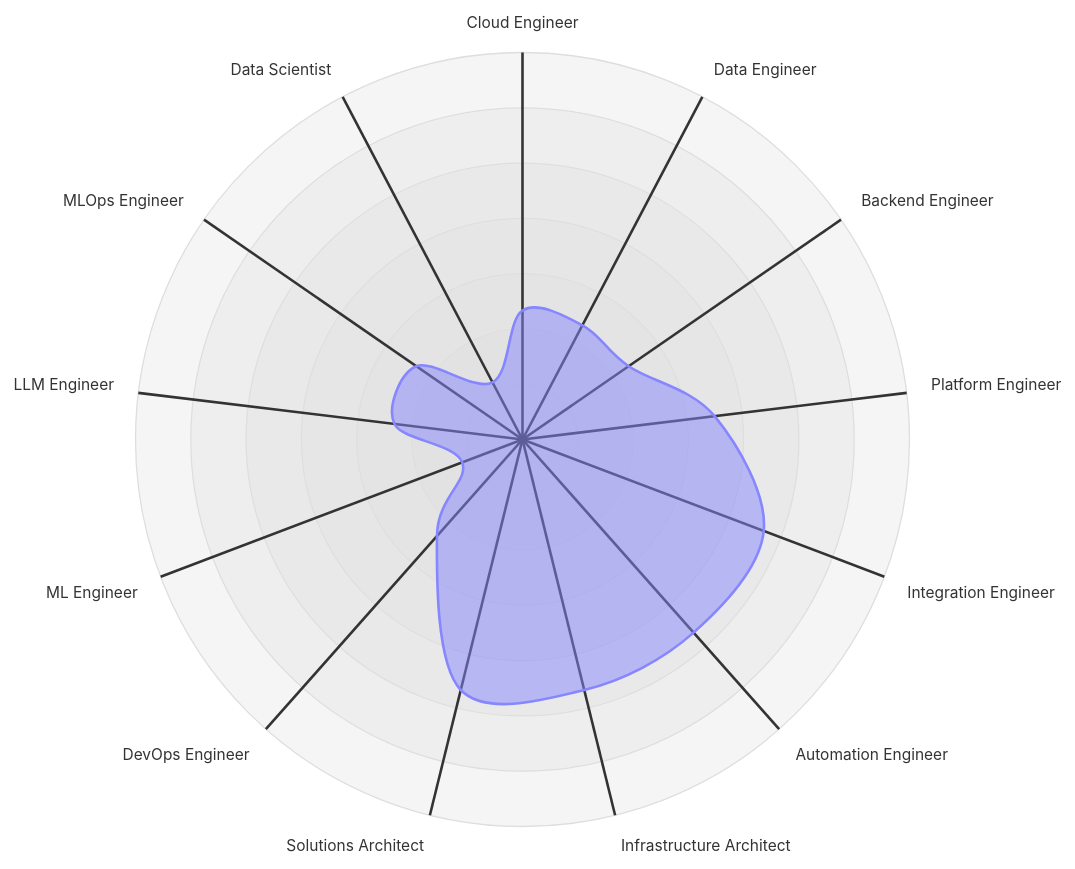
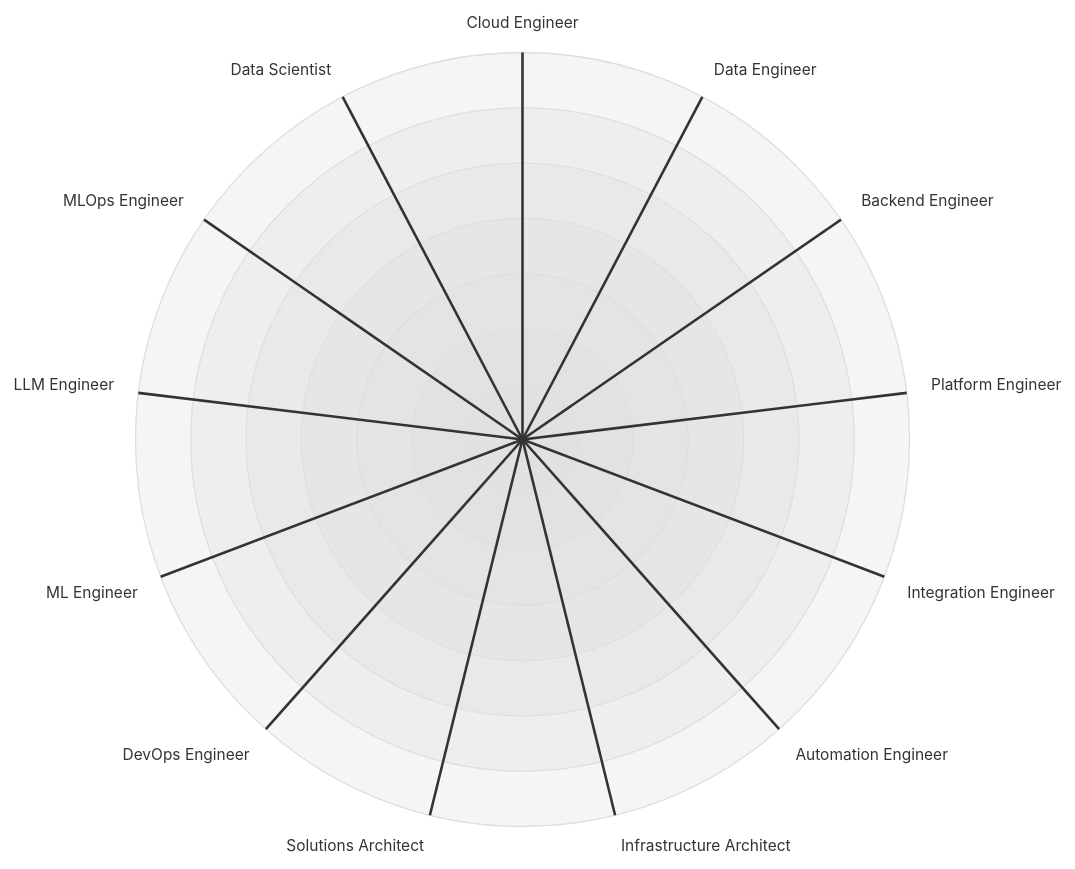
One commit to chernistry/chernistry changed the diagram in README.md. Above: the diagram before and after it, drawn with Mermaid.

`````diff
--- a/README.md
+++ b/README.md
@@ -28,23 +28,23 @@
 ```mermaid
 %% Polygonal Competency Chart – Seniority per Role
 radar-beta
   axis ce["Cloud Engineer"]
   axis de["Data Engineer"]
   axis be["Backend Engineer"]
   axis pe["Platform Engineer"]
   axis ie["Integration Engineer"]
   axis ae["Automation Engineer"]
   axis ia["Infrastructure Architect"]
   axis sa["Solutions Architect"]
   axis dev["DevOps Engineer"]
   axis ml["ML Engineer"]
   axis llm["LLM Engineer"]
   axis mlo["MLOps Engineer"]
   axis ds["Data Scientist"]
 
-  curve seniority["Estimated seniority"]{3,3,3,4,5,5,5,5,3,2,3,3,2}
+  curve seniority["Estimated seniority"]{1,1,1,1,1,1,1,1,1,1,1,1,1}
   showLegend false
   min 1
   max 7
   ticks 7
 ````
`````
